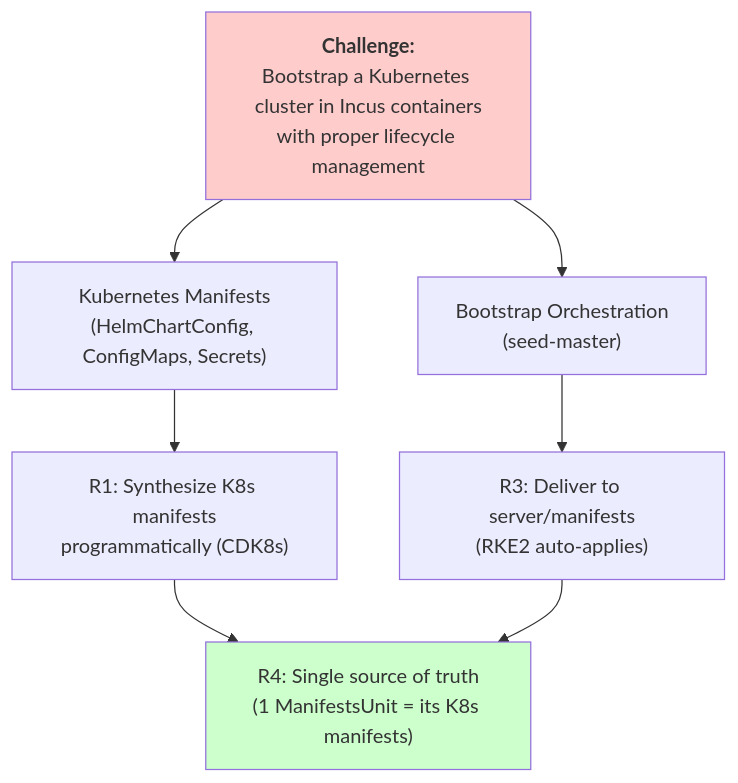
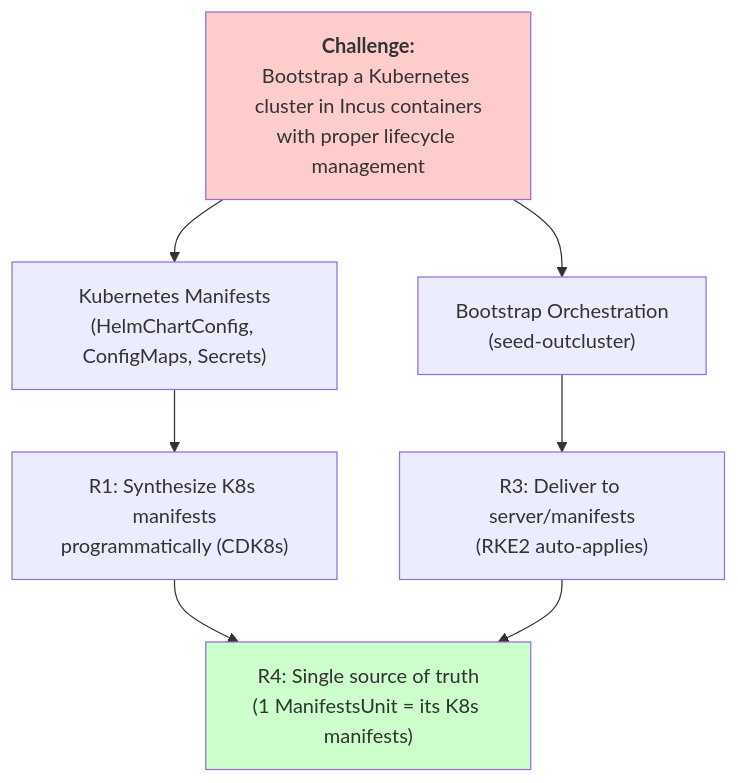
One commit to seedmatic/rke2lab changed the first of 6 diagrams in docs/architecture/manifests/manifests-architecture.adoc. Above: the diagram before and after it, drawn with Mermaid. The commit also changed other lines of this file and 160 other files, not shown here.

First line of the commit message:
refactor(exec)!: `seed-master` → `seed-outcluster`, one axis for the whole chain

```diff
--- a/docs/architecture/manifests/manifests-architecture.adoc
+++ b/docs/architecture/manifests/manifests-architecture.adoc
@@ -222,22 +222,22 @@
 [mermaid]
 ----
 graph TB
     Problem["<b>Challenge:</b><br/>Bootstrap a Kubernetes cluster in Incus containers<br/>with proper lifecycle management"]
 
     K8sManifests["Kubernetes Manifests<br/>(HelmChartConfig, ConfigMaps, Secrets)"]
-    Bootstrap["Bootstrap Orchestration<br/>(seed-master)"]
+    Bootstrap["Bootstrap Orchestration<br/>(seed-outcluster)"]
 
     R1["R1: Synthesize K8s manifests<br/>programmatically (CDK8s)"]
     R3["R3: Deliver to server/manifests<br/>(RKE2 auto-applies)"]
     R4["R4: Single source of truth<br/>(1 ManifestsUnit = its K8s manifests)"]
 
     Problem --> K8sManifests
     Problem --> Bootstrap
     K8sManifests --> R1
     Bootstrap --> R3
     R1 --> R4
     R3 --> R4
 
     style Problem fill:#ffcccc
     style R4 fill:#ccffcc
 ----
```
